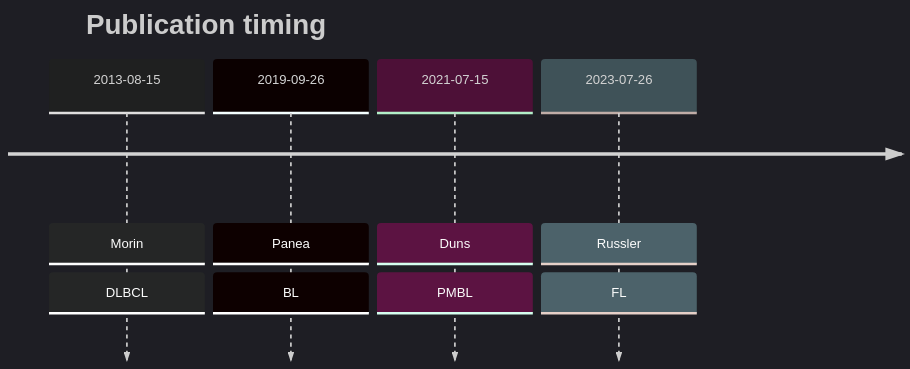
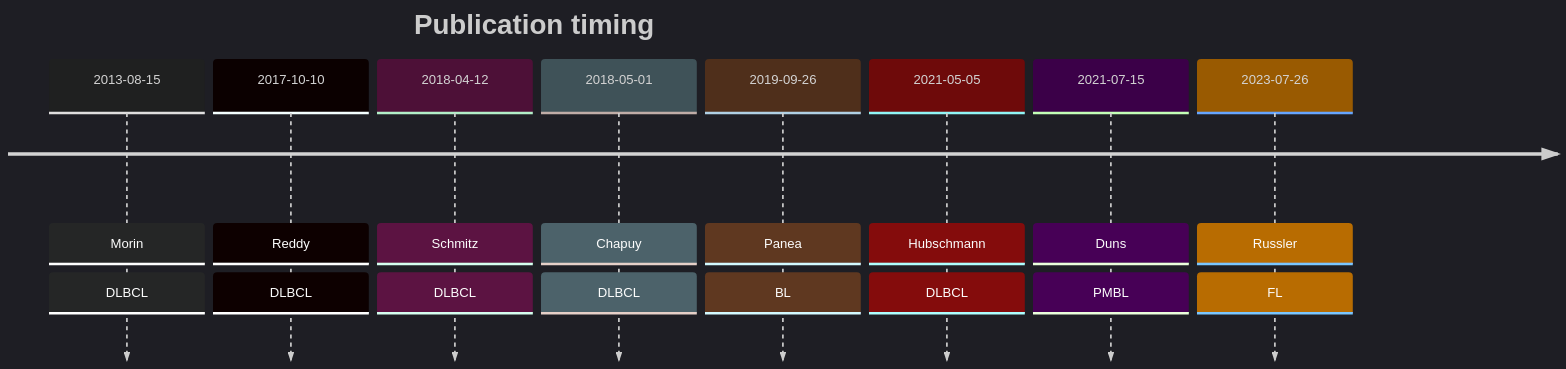
One commit to morinlab/lymphopedia changed the diagram in CD83.md. Above: the diagram before and after it, drawn with Mermaid. The commit also changed other lines of this file, not shown here.

````diff
--- a/CD83.md
+++ b/CD83.md
@@ -18,9 +18,13 @@
 ```mermaid
 %%{init: { 'logLevel': 'debug', 'theme': 'dark' } }%%
 timeline
     title Publication timing
       2013-08-15 : Morin : DLBCL
+      2017-10-10 : Reddy : DLBCL
+      2018-04-12 : Schmitz : DLBCL
+2018-05-01 : Chapuy : DLBCL
       2019-09-26 : Panea : BL
+2021-05-05 : Hubschmann : DLBCL
       2021-07-15 : Duns : PMBL
       2023-07-26 : Russler : FL
 ```
````
